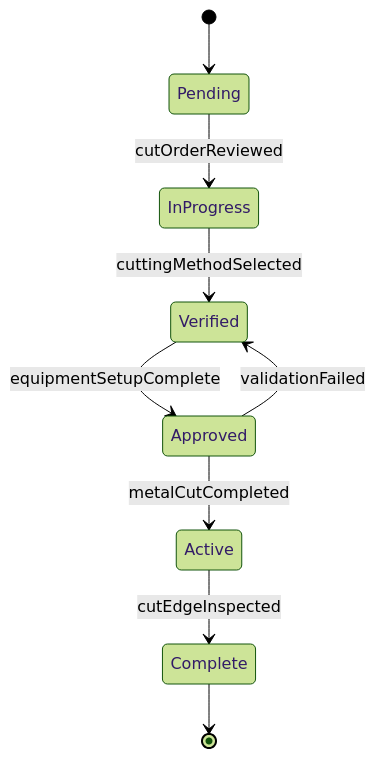
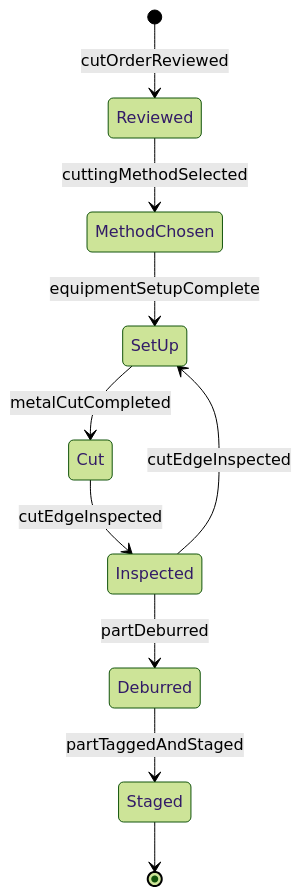
Before and after one commit to dot-org-ai/tasks.org.ai: the second of 4 diagrams in HandlingAndMovingObjects/CutMaterials/CutMetalComponentsInstallation.mdx, drawn with Mermaid (forest theme). The commit also changed other lines of this file and 515 other files, not shown here.

````diff
--- a/HandlingAndMovingObjects/CutMaterials/CutMetalComponentsInstallation.mdx
+++ b/HandlingAndMovingObjects/CutMaterials/CutMetalComponentsInstallation.mdx
@@ -98,11 +99,12 @@
 ```mermaid
 stateDiagram-v2
-    [*] --> Pending
-    Pending --> InProgress : cutOrderReviewed
-    InProgress --> Verified : cuttingMethodSelected
-    Verified --> Approved : equipmentSetupComplete
-    Approved --> Active : metalCutCompleted
-    Active --> Complete : cutEdgeInspected
-    Approved --> Verified : validationFailed
-    Complete --> [*]
+    [*] --> Reviewed : cutOrderReviewed
+    Reviewed --> MethodChosen : cuttingMethodSelected
+    MethodChosen --> SetUp : equipmentSetupComplete
+    SetUp --> Cut : metalCutCompleted
+    Cut --> Inspected : cutEdgeInspected
+    Inspected --> Deburred : partDeburred
+    Deburred --> Staged : partTaggedAndStaged
+    Inspected --> SetUp : cutEdgeInspected
+    Staged --> [*]
 ```
````
